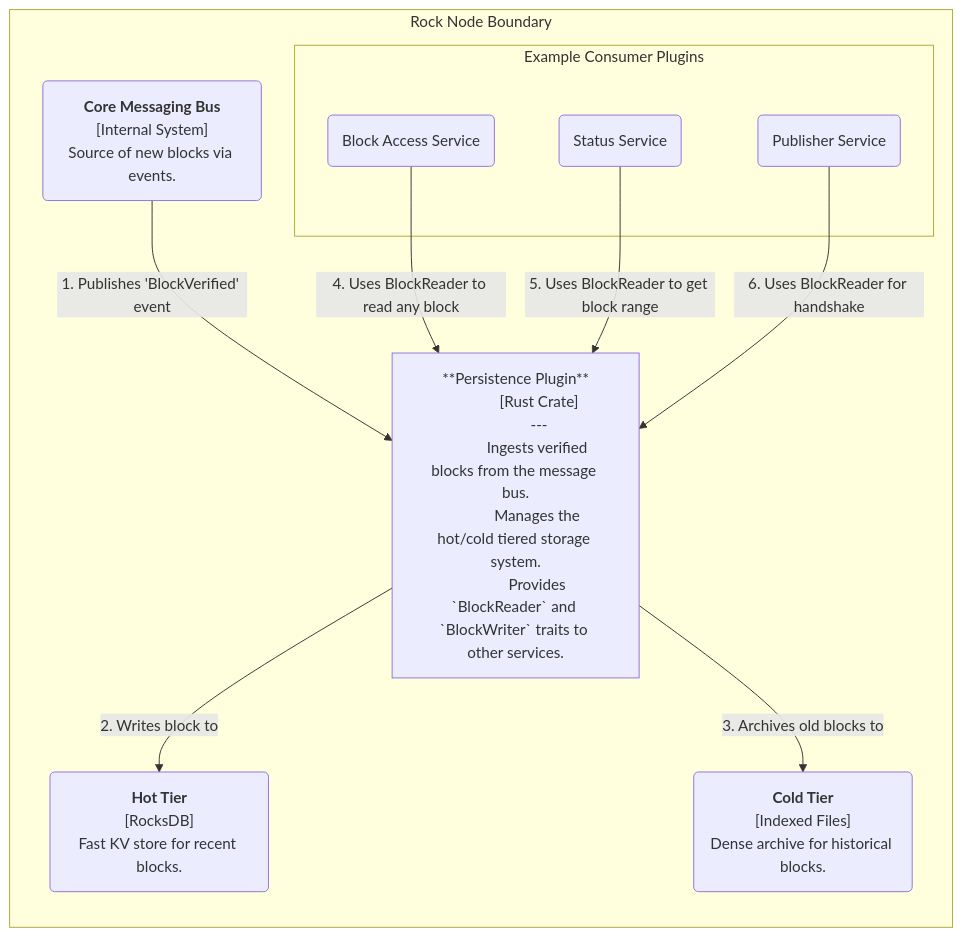
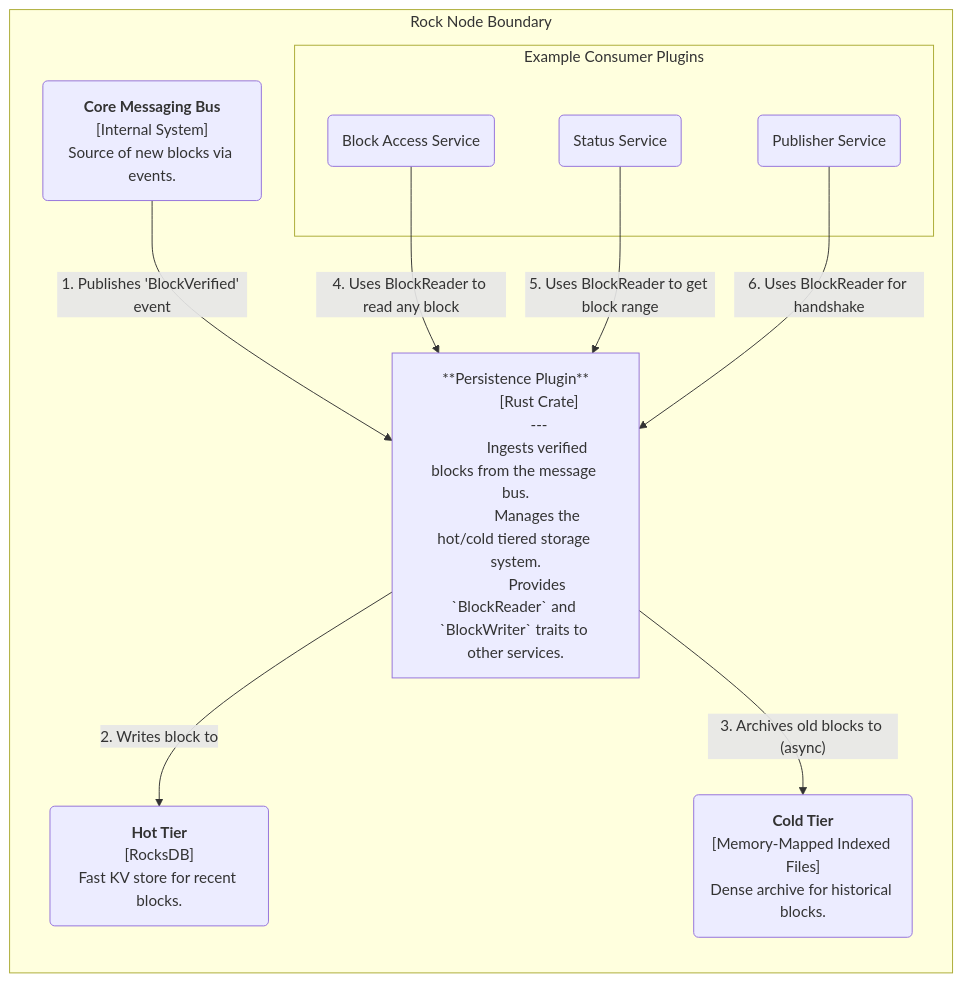
Before and after one commit to LimeChain/Rock-Node: the first of 2 diagrams in docs/persistence/design-doc.md, drawn with Mermaid. The commit also changed other lines of this file and 18 other files, not shown here.

````diff
--- a/docs/persistence/design-doc.md
+++ b/docs/persistence/design-doc.md
@@ -29,34 +40,34 @@
 ```mermaid
 graph TD
     subgraph "Rock Node Boundary"
         direction TB
         
         CoreMessaging("<b>Core Messaging Bus</b><br/>[Internal System]<br/>Source of new blocks via events.")
         
         PersistencePlugin["
             **Persistence Plugin**
             [Rust Crate]
             ---
             Ingests verified blocks from the message bus.
             Manages the hot/cold tiered storage system.
             Provides `BlockReader` and `BlockWriter` traits to other services.
         "]
 
         HotStorage("<b>Hot Tier</b><br/>[RocksDB]<br/>Fast KV store for recent blocks.")
-        ColdStorage("<b>Cold Tier</b><br/>[Indexed Files]<br/>Dense archive for historical blocks.")
+        ColdStorage("<b>Cold Tier</b><br/>[Memory-Mapped Indexed Files]<br/>Dense archive for historical blocks.")
         
         subgraph "Example Consumer Plugins"
             BlockAccessSvc("Block Access Service")
             StatusSvc("Status Service")
             PublisherSvc("Publisher Service")
         end
 
         CoreMessaging -- "1. Publishes 'BlockVerified' event" --> PersistencePlugin
         PersistencePlugin -- "2. Writes block to" --> HotStorage
-        PersistencePlugin -- "3. Archives old blocks to" --> ColdStorage
+        PersistencePlugin -- "3. Archives old blocks to (async)" --> ColdStorage
         
         BlockAccessSvc -- "4. Uses BlockReader to read any block" --> PersistencePlugin
         StatusSvc -- "5. Uses BlockReader to get block range" --> PersistencePlugin
         PublisherSvc -- "6. Uses BlockReader for handshake" --> PersistencePlugin
     end
 ```
````
